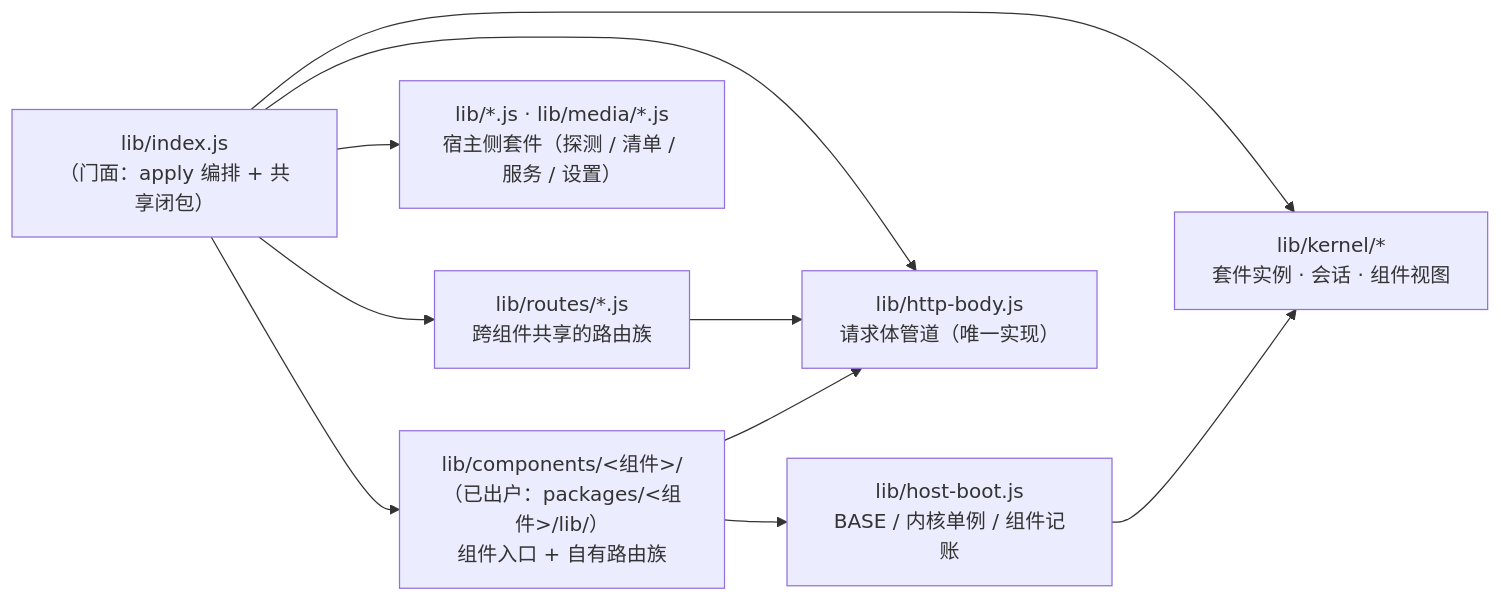
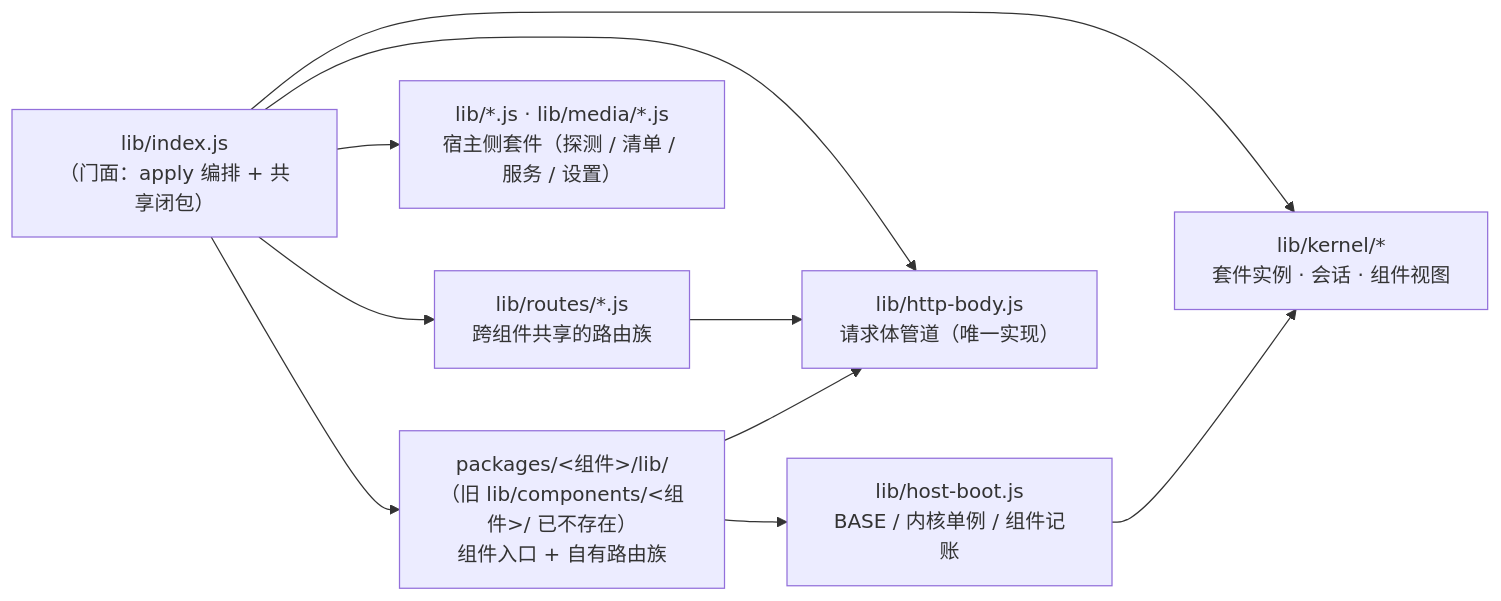
One commit to AuroraAeon/dsh-wallpaper-engine changed the second of 5 diagrams in docs/CODE-STRUCTURE.md. Above: the diagram before and after it, drawn with Mermaid. The commit also changed other lines of this file and 60 other files, not shown here.

````diff
--- a/docs/CODE-STRUCTURE.md
+++ b/docs/CODE-STRUCTURE.md
@@ -136,15 +136,15 @@
 ```mermaid
 graph LR
     IDX["lib/index.js<br/>（门面：apply 编排 + 共享闭包）"]
     BOOT["lib/host-boot.js<br/>BASE / 内核单例 / 组件记账"]
     KN["lib/kernel/*<br/>套件实例 · 会话 · 组件视图"]
     IDX --> R["lib/routes/*.js<br/>跨组件共享的路由族"]
-    IDX --> C["lib/components/&lt;组件&gt;/<br/>（已出户：packages/&lt;组件&gt;/lib/）<br/>组件入口 + 自有路由族"]
+    IDX --> C["packages/&lt;组件&gt;/lib/<br/>（旧 lib/components/&lt;组件&gt;/ 已不存在）<br/>组件入口 + 自有路由族"]
     IDX --> KN
     BOOT --> KN
     C --> BOOT
     IDX --> K["lib/*.js · lib/media/*.js<br/>宿主侧套件（探测 / 清单 / 服务 / 设置）"]
     IDX --> H["lib/http-body.js<br/>请求体管道（唯一实现）"]
     R --> H
     C --> H
 ```
````
